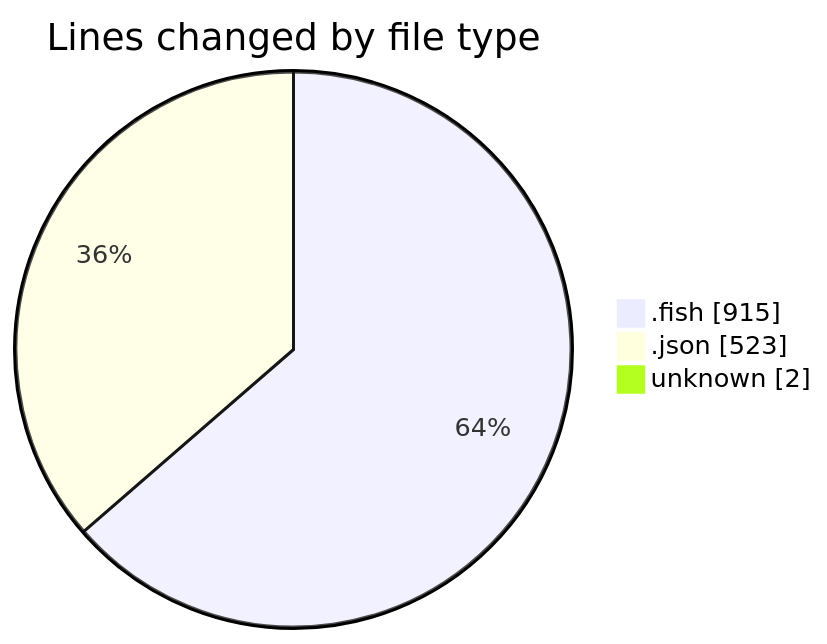
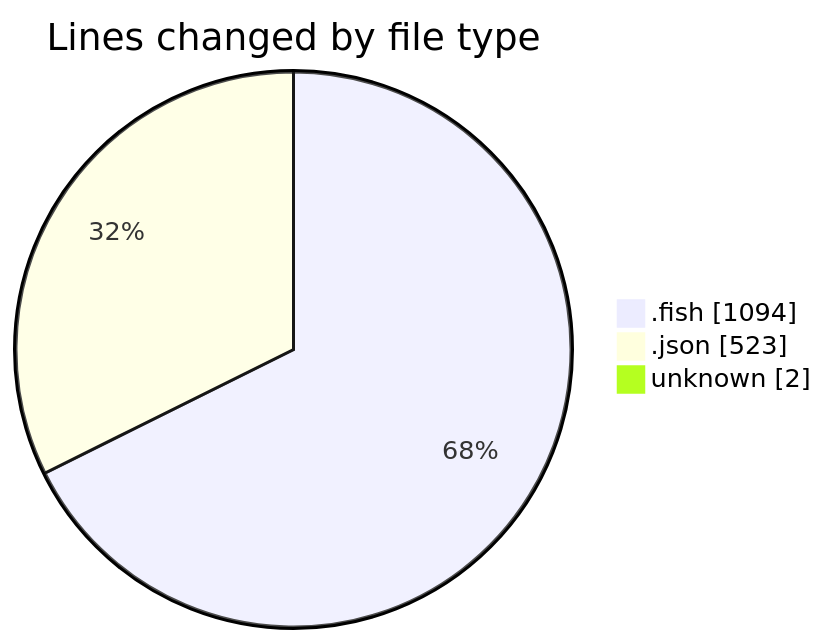
One commit to EIIisD/code-tracking changed the first of 2 diagrams in 2025-07-12/fish/README.md. Above: the diagram before and after it, drawn with Mermaid. The commit also changed other lines of this file and 1 other file, not shown here.

````diff
--- a/2025-07-12/fish/README.md
+++ b/2025-07-12/fish/README.md
@@ -24,7 +46,7 @@
 ```mermaid
 pie showData
 title Lines changed by file type
-".fish" : 915
+".fish" : 1094
 ".json" : 523
 "unknown" : 2
 ```
````
